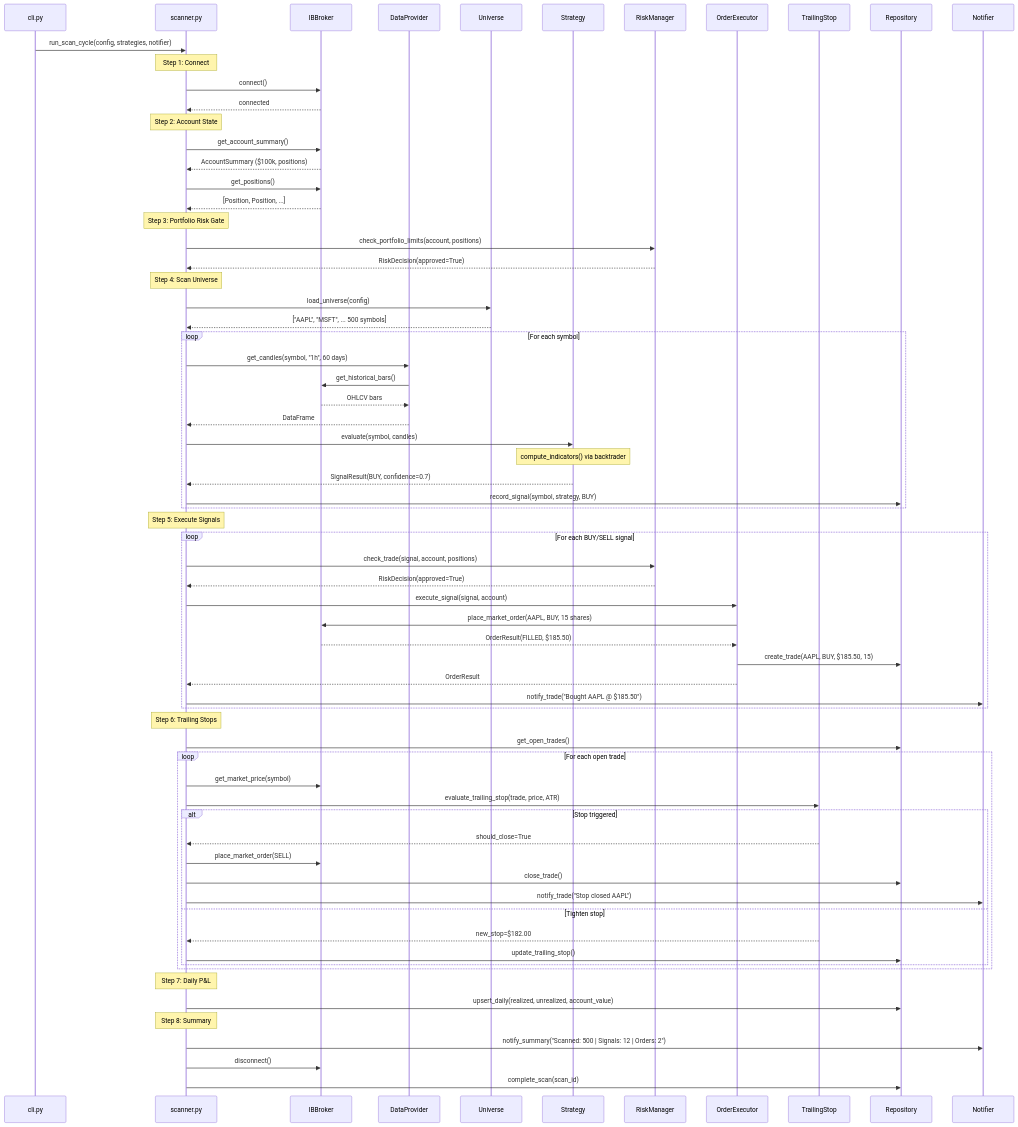
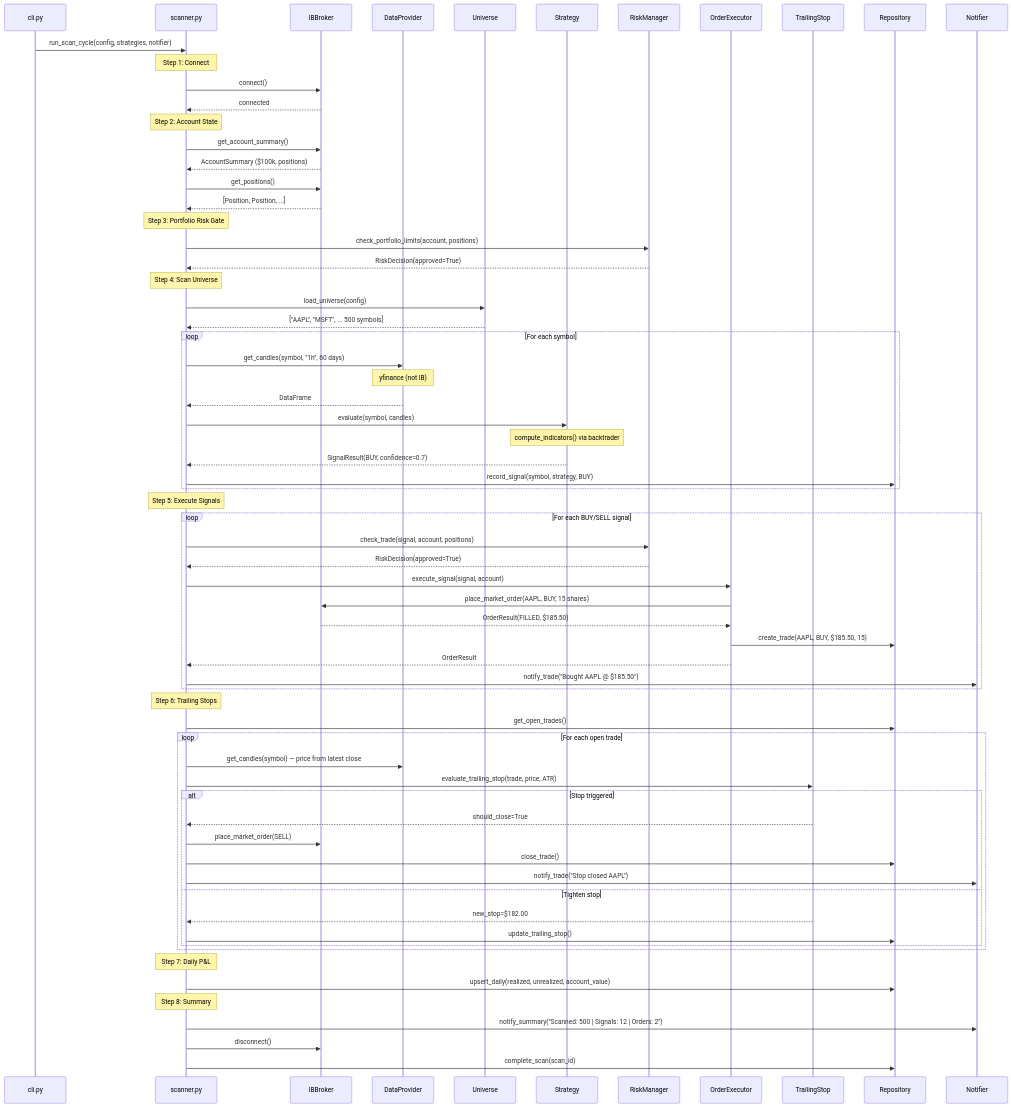
One commit to blackjek23/vibe_trade changed the second of 5 diagrams in PROJECT_MAP.md. Above: the diagram before and after it, drawn with Mermaid. The commit also changed other lines of this file and 11 other files, not shown here.

```diff
--- a/PROJECT_MAP.md
+++ b/PROJECT_MAP.md
@@ -149,8 +150,7 @@
 
     loop For each symbol
         SC->>DP: get_candles(symbol, "1h", 60 days)
-        DP->>BR: get_historical_bars()
-        BR-->>DP: OHLCV bars
+        Note over DP: yfinance (not IB)
         DP-->>SC: DataFrame
 
         SC->>ST: evaluate(symbol, candles)
@@ -177,7 +177,7 @@
     Note over SC: Step 6: Trailing Stops
     SC->>DB: get_open_trades()
     loop For each open trade
-        SC->>BR: get_market_price(symbol)
+        SC->>DP: get_candles(symbol) — price from latest close
         SC->>TS: evaluate_trailing_stop(trade, price, ATR)
         alt Stop triggered
             TS-->>SC: should_close=True
```
